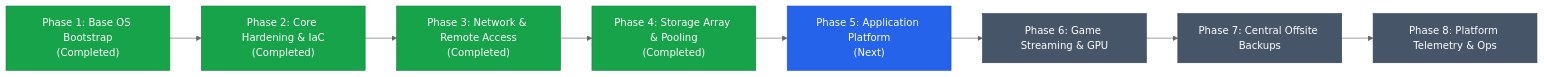
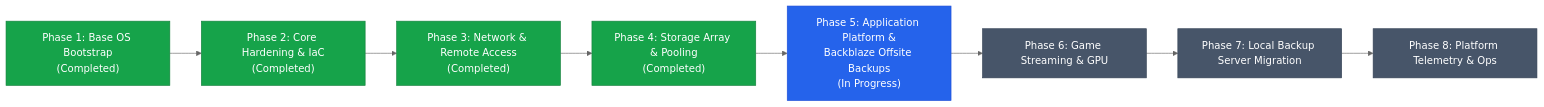
Before and after one commit to mabutler/homelab: the diagram in ROADMAP.md, drawn with Mermaid (neutral theme). The commit also changed other lines of this file and 84 other files, not shown here.

Commit message:
phase 5: add Vaultwarden app and Backblaze B2 backup system

````diff
--- a/ROADMAP.md
+++ b/ROADMAP.md
@@ -23,19 +23,19 @@
 ```mermaid
 flowchart LR
     P1["Phase 1: Base OS Bootstrap\n(Completed)"] --> P2["Phase 2: Core Hardening & IaC\n(Completed)"]
     P2 --> P3["Phase 3: Network & Remote Access\n(Completed)"]
     P3 --> P4["Phase 4: Storage Array & Pooling\n(Completed)"]
-    P4 --> P5["Phase 5: Application Platform\n(Next)"]
+    P4 --> P5["Phase 5: Application Platform &\nBackblaze Offsite Backups\n(In Progress)"]
     P5 --> P6["Phase 6: Game Streaming & GPU"]
-    P6 --> P7["Phase 7: Central Offsite Backups"]
+    P6 --> P7["Phase 7: Local Backup Server Migration"]
     P7 --> P8["Phase 8: Platform Telemetry & Ops"]
 
     style P1 fill:#16a34a,stroke:#15803d,color:#fff
     style P2 fill:#16a34a,stroke:#15803d,color:#fff
     style P3 fill:#16a34a,stroke:#15803d,color:#fff
     style P4 fill:#16a34a,stroke:#15803d,color:#fff
     style P5 fill:#2563eb,stroke:#1d4ed8,color:#fff
     style P6 fill:#475569,stroke:#334155,color:#fff
     style P7 fill:#475569,stroke:#334155,color:#fff
     style P8 fill:#475569,stroke:#334155,color:#fff
 ```
````
